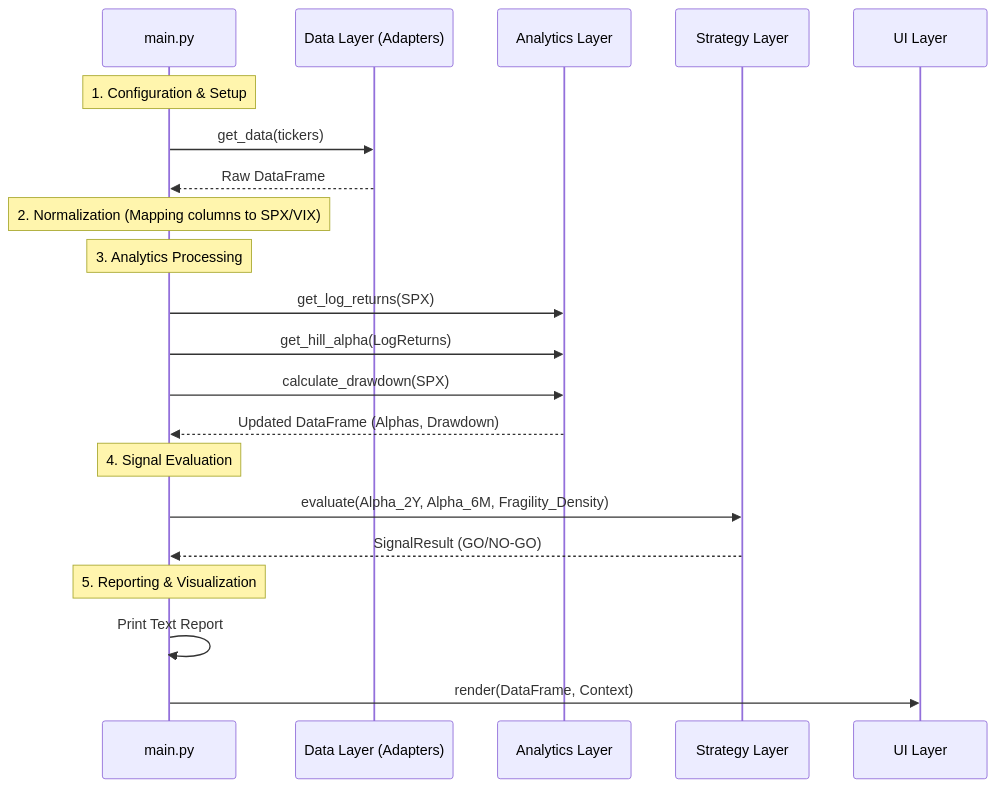
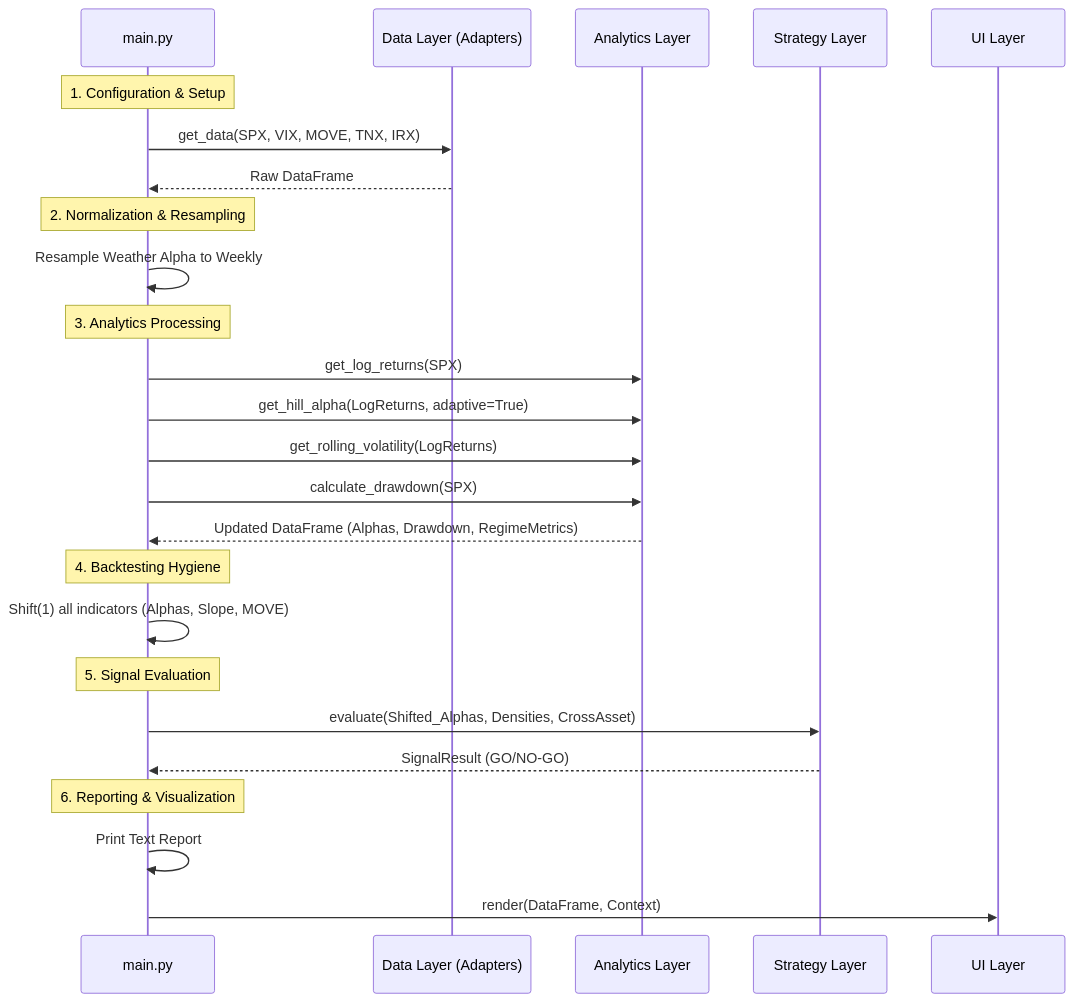
One commit to 3d02/Extremistan changed the diagram in ARCHITECTURE.md. Above: the diagram before and after it, drawn with Mermaid. The commit also changed other lines of this file and 10 other files, not shown here.

First line of the commit message:
Implement Adaptive Tail Logic and Cross-Asset Signals (ADR-0002)

````diff
--- a/ARCHITECTURE.md
+++ b/ARCHITECTURE.md
@@ -34,28 +34,33 @@
 ```mermaid
 sequenceDiagram
     participant Main as main.py
     participant Data as Data Layer (Adapters)
     participant Analytics as Analytics Layer
     participant Strategy as Strategy Layer
     participant UI as UI Layer
 
     Note over Main: 1. Configuration & Setup
-    Main->>Data: get_data(tickers)
+    Main->>Data: get_data(SPX, VIX, MOVE, TNX, IRX)
     Data-->>Main: Raw DataFrame
 
-    Note over Main: 2. Normalization (Mapping columns to SPX/VIX)
+    Note over Main: 2. Normalization & Resampling
+    Main->>Main: Resample Weather Alpha to Weekly
 
     Note over Main: 3. Analytics Processing
     Main->>Analytics: get_log_returns(SPX)
-    Main->>Analytics: get_hill_alpha(LogReturns)
+    Main->>Analytics: get_hill_alpha(LogReturns, adaptive=True)
+    Main->>Analytics: get_rolling_volatility(LogReturns)
     Main->>Analytics: calculate_drawdown(SPX)
-    Analytics-->>Main: Updated DataFrame (Alphas, Drawdown)
+    Analytics-->>Main: Updated DataFrame (Alphas, Drawdown, RegimeMetrics)
 
-    Note over Main: 4. Signal Evaluation
-    Main->>Strategy: evaluate(Alpha_2Y, Alpha_6M, Fragility_Density)
+    Note over Main: 4. Backtesting Hygiene
+    Main->>Main: Shift(1) all indicators (Alphas, Slope, MOVE)
+
+    Note over Main: 5. Signal Evaluation
+    Main->>Strategy: evaluate(Shifted_Alphas, Densities, CrossAsset)
     Strategy-->>Main: SignalResult (GO/NO-GO)
 
-    Note over Main: 5. Reporting & Visualization
+    Note over Main: 6. Reporting & Visualization
     Main->>Main: Print Text Report
     Main->>UI: render(DataFrame, Context)
 ```
````
